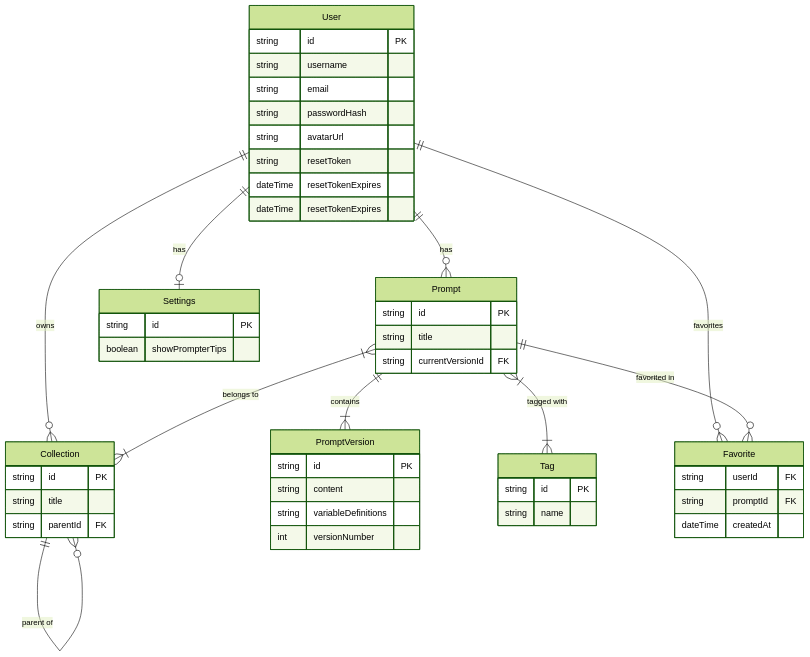
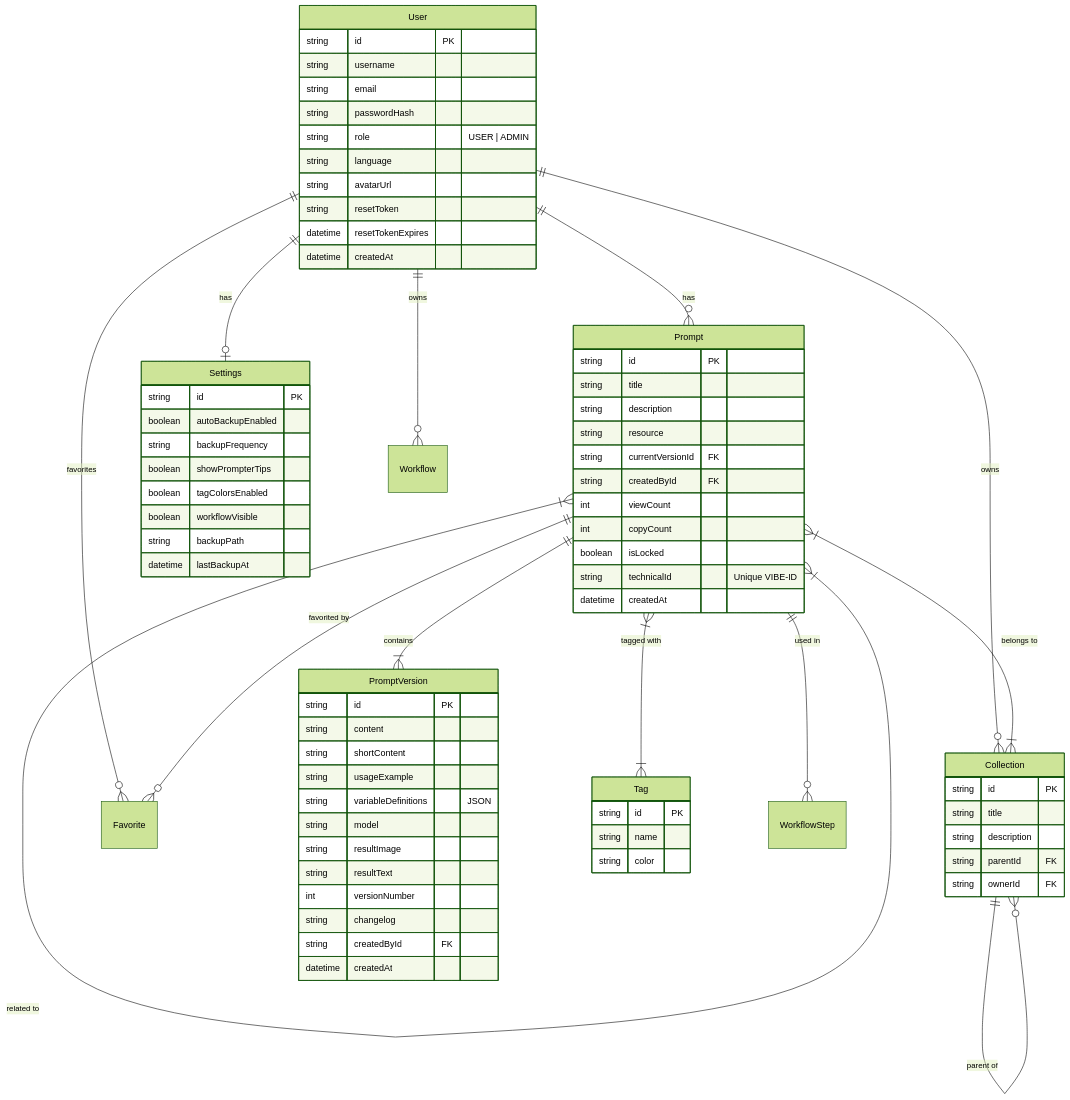
Before and after one commit to jovd83/prompthive: the diagram in docs/diagrams/Data_Models.md, drawn with Mermaid (forest theme). The commit also changed other lines of this file and 246 other files, not shown here.

````diff
--- a/docs/diagrams/Data_Models.md
+++ b/docs/diagrams/Data_Models.md
@@ -15,56 +15,82 @@
 erDiagram
     User ||--o{ Prompt : has
     User ||--o{ Collection : owns
+    User ||--o| Settings : has
+    User ||--o{ Workflow : owns
+    User ||--o{ Favorite : "favorites"
+    
     User {
         string id PK
         string username
         string email
         string passwordHash
+        string role "USER | ADMIN"
+        string language
         string avatarUrl
         string resetToken
-        dateTime resetTokenExpires
-        dateTime resetTokenExpires
+        datetime resetTokenExpires
+        datetime createdAt
     }
 
-    User ||--o| Settings : has
     Settings {
         string id PK
+        boolean autoBackupEnabled
+        string backupFrequency
         boolean showPrompterTips
+        boolean tagColorsEnabled
+        boolean workflowVisible
+        string backupPath
+        datetime lastBackupAt
     }
     
     Prompt ||--|{ PromptVersion : contains
     Prompt }|--|{ Collection : "belongs to"
     Prompt }|--|{ Tag : "tagged with"
+    Prompt ||--o{ WorkflowStep : "used in"
+    Prompt ||--o{ Favorite : "favorited by"
+    Prompt }|--|{ Prompt : "related to"
+
     Prompt {
         string id PK
         string title
+        string description
+        string resource
         string currentVersionId FK
+        string createdById FK
+        int viewCount
+        int copyCount
+        boolean isLocked
+        string technicalId "Unique VIBE-ID"
+        datetime createdAt
     }
 
     PromptVersion {
         string id PK
         string content
-        string variableDefinitions
+        string shortContent
+        string usageExample
+        string variableDefinitions "JSON"
+        string model
+        string resultImage
+        string resultText
         int versionNumber
+        string changelog
+        string createdById FK
+        datetime createdAt
     }
 
     Collection ||--o{ Collection : "parent of"
     Collection {
         string id PK
         string title
+        string description
         string parentId FK
+        string ownerId FK
     }
 
     Tag {
         string id PK
         string name
-    }
-
-    User ||--o{ Favorite : "favorites"
-    Prompt ||--o{ Favorite : "favorited in"
-    Favorite {
-        string userId FK
-        string promptId FK
-        dateTime createdAt
+        string color
     }
 ```
````
